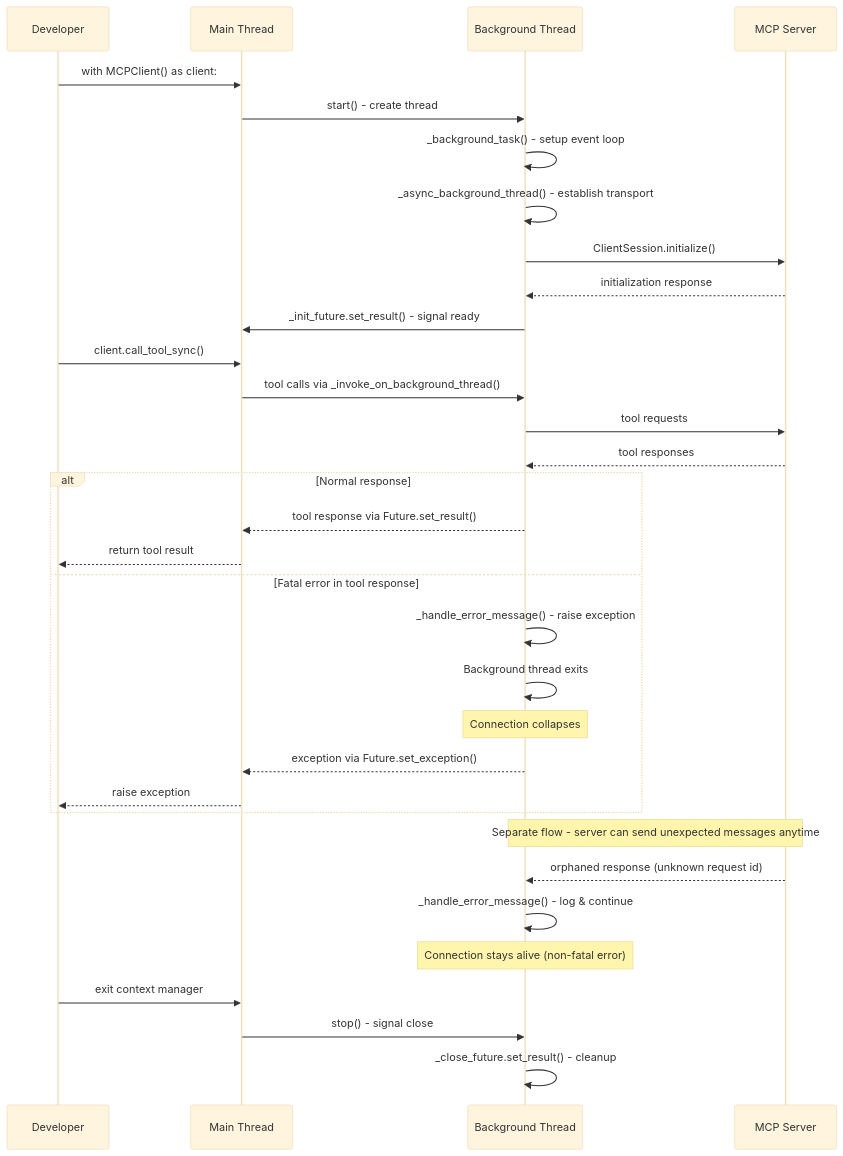
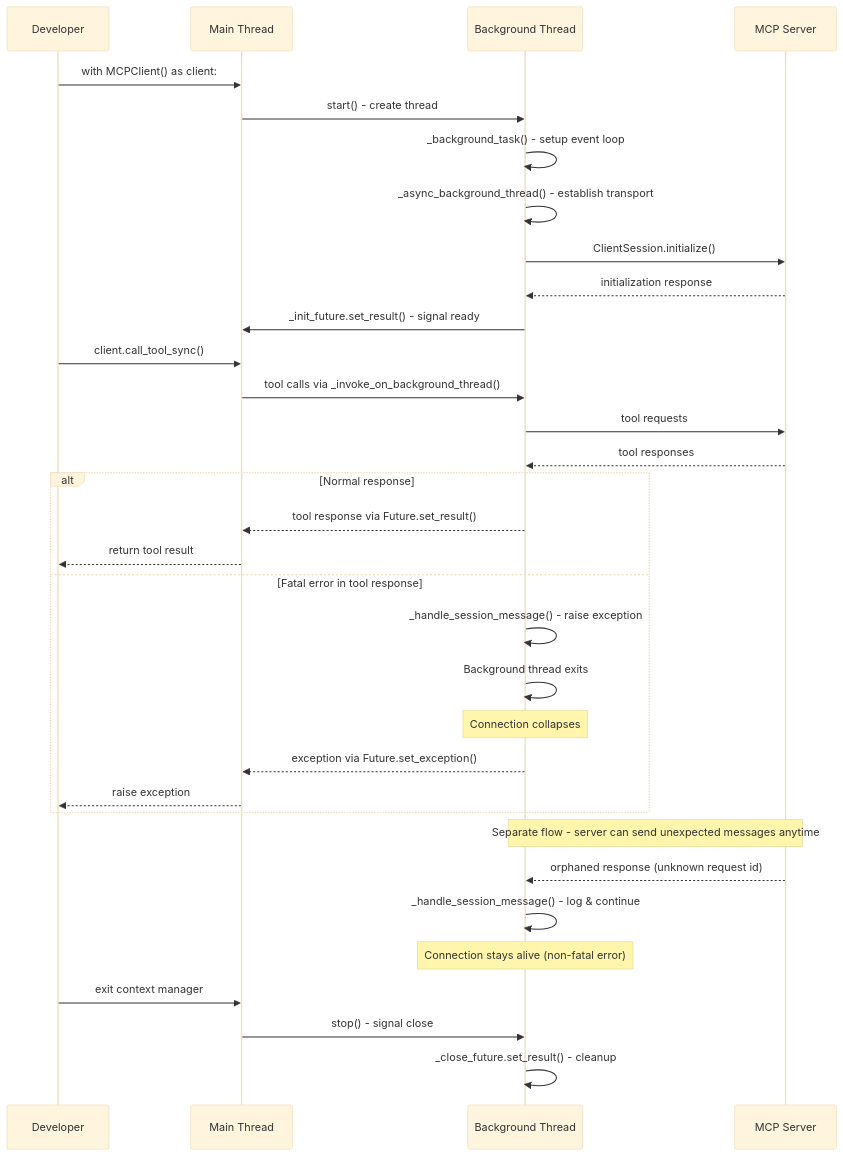
Before and after one commit to seniorgreencode/harness-sdk: the diagram in strands-py/docs/MCP_CLIENT_ARCHITECTURE.md, drawn with Mermaid (base theme). The commit also changed other lines of this file and 11 other files, not shown here.

````diff
--- a/strands-py/docs/MCP_CLIENT_ARCHITECTURE.md
+++ b/strands-py/docs/MCP_CLIENT_ARCHITECTURE.md
@@ -9,39 +9,39 @@
 ```mermaid
 sequenceDiagram
     participant Dev as Developer
     participant Main as Main Thread
     participant BG as Background Thread
     participant MCP as MCP Server
     
     Dev->>Main: with MCPClient() as client:
     Main->>BG: start() - create thread
     BG->>BG: _background_task() - setup event loop
     BG->>BG: _async_background_thread() - establish transport
     BG->>MCP: ClientSession.initialize()
     MCP-->>BG: initialization response
     BG->>Main: _init_future.set_result() - signal ready
     Dev->>Main: client.call_tool_sync()
     Main->>BG: tool calls via _invoke_on_background_thread()
     BG->>MCP: tool requests
     MCP-->>BG: tool responses
     
     alt Normal response
         BG-->>Main: tool response via Future.set_result()
         Main-->>Dev: return tool result
     else Fatal error in tool response
-        BG->>BG: _handle_error_message() - raise exception
+        BG->>BG: _handle_session_message() - raise exception
         BG->>BG: Background thread exits
         Note over BG: Connection collapses
         BG-->>Main: exception via Future.set_exception()
         Main-->>Dev: raise exception
     end
     
     Note over MCP,BG: Separate flow - server can send unexpected messages anytime
     MCP-->>BG: orphaned response (unknown request id)
-    BG->>BG: _handle_error_message() - log & continue
+    BG->>BG: _handle_session_message() - log & continue
     Note over BG: Connection stays alive (non-fatal error)
     
     Dev->>Main: exit context manager
     Main->>BG: stop() - signal close
     BG->>BG: _close_future.set_result() - cleanup
 ```
````
